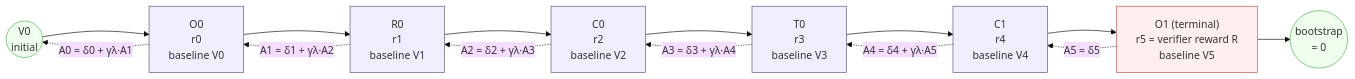
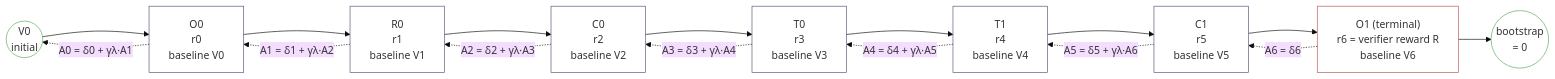
Before and after one commit to ketsuzhou/areal-ci: the fifth of 8 diagrams in customized_areal/tree_search/agents/README.md, drawn with Mermaid (base theme). The commit also changed other lines of this file and 123 other files, not shown here.

````diff
--- a/customized_areal/tree_search/agents/README.md
+++ b/customized_areal/tree_search/agents/README.md
@@ -316,24 +320,26 @@
 ```mermaid
 flowchart LR
     V0(("V0<br/>initial")):::val
     O0["O0<br/>r0<br/>baseline V0"]:::turn
     R0["R0<br/>r1<br/>baseline V1"]:::turn
     C0["C0<br/>r2<br/>baseline V2"]:::turn
     T0["T0<br/>r3<br/>baseline V3"]:::turn
-    C1["C1<br/>r4<br/>baseline V4"]:::turn
-    O1["O1 (terminal)<br/>r5 = verifier reward R<br/>baseline V5"]:::term
+    T1["T1<br/>r4<br/>baseline V4"]:::turn
+    C1["C1<br/>r5<br/>baseline V5"]:::turn
+    O1["O1 (terminal)<br/>r6 = verifier reward R<br/>baseline V6"]:::term
     B(("bootstrap<br/>= 0")):::val
 
-    V0 --> O0 --> R0 --> C0 --> T0 --> C1 --> O1 --> B
+    V0 --> O0 --> R0 --> C0 --> T0 --> T1 --> C1 --> O1 --> B
 
-    O1 -. "A5 = δ5" .-> C1
-    C1 -. "A4 = δ4 + γλ·A5" .-> T0
+    O1 -. "A6 = δ6" .-> C1
+    C1 -. "A5 = δ5 + γλ·A6" .-> T1
+    T1 -. "A4 = δ4 + γλ·A5" .-> T0
     T0 -. "A3 = δ3 + γλ·A4" .-> C0
     C0 -. "A2 = δ2 + γλ·A3" .-> R0
     R0 -. "A1 = δ1 + γλ·A2" .-> O0
     O0 -. "A0 = δ0 + γλ·A1" .-> V0
 
-    classDef turn fill:#eef,stroke:#557;
-    classDef term fill:#fee,stroke:#b55;
-    classDef val fill:#efe,stroke:#5a5;
+    classDef turn fill:transparent,stroke:#557;
+    classDef term fill:transparent,stroke:#b55;
+    classDef val fill:transparent,stroke:#5a5;
 ```
````
